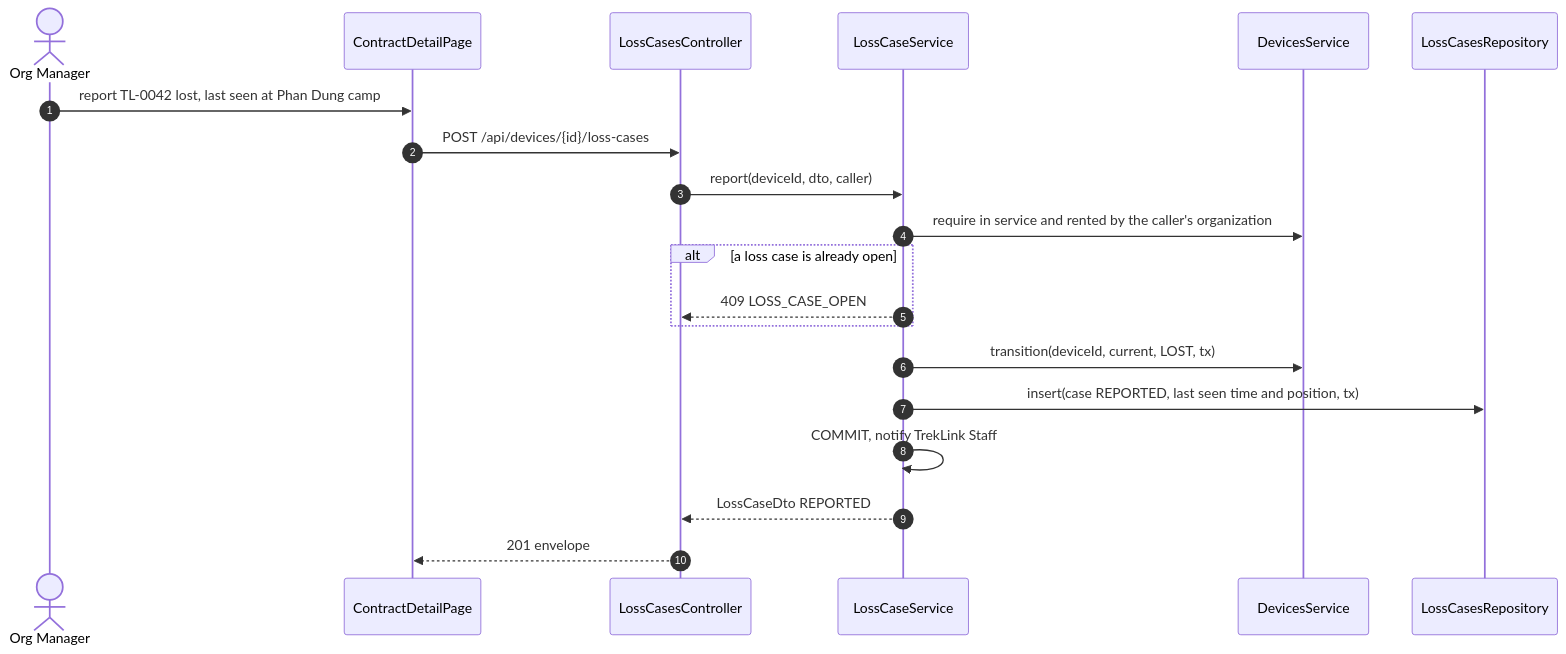
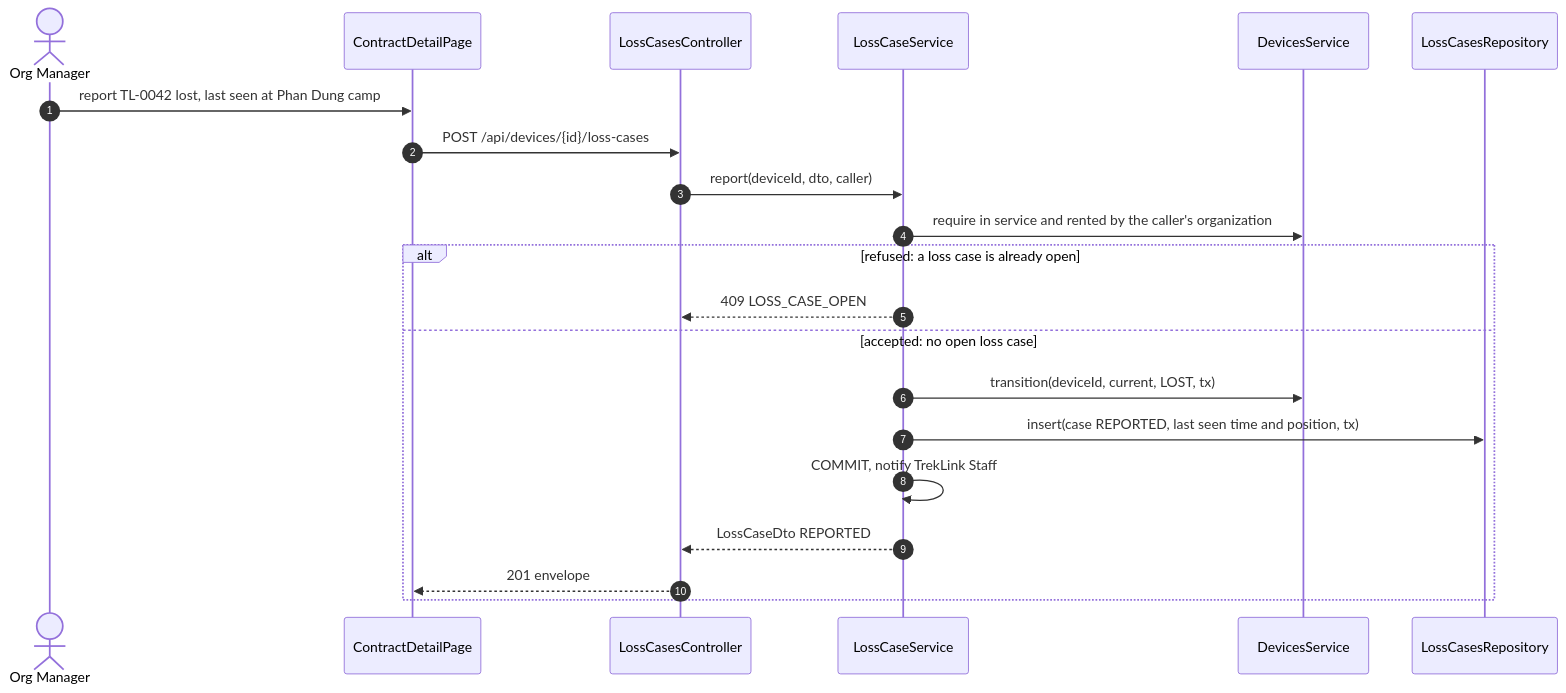
One commit to TrekLink-Team/treklink-web changed the tenth of 18 diagrams in specs/devices/design.md. Above: the diagram before and after it, drawn with Mermaid. The commit also changed other lines of this file and 39 other files, not shown here.

First line of the commit message:
docs: design periodic maintenance (D-047) and apply the SDD sequence conventions

````diff
--- a/specs/devices/design.md
+++ b/specs/devices/design.md
@@ -325,22 +368,23 @@
 ```mermaid
 sequenceDiagram
     autonumber
     actor M as Org Manager
     participant P as ContractDetailPage
     participant C as LossCasesController
     participant S as LossCaseService
     participant D as DevicesService
     participant R as LossCasesRepository
     M->>P: report TL-0042 lost, last seen at Phan Dung camp
     P->>C: POST /api/devices/{id}/loss-cases
     C->>S: report(deviceId, dto, caller)
     S->>D: require in service and rented by the caller's organization
-    alt a loss case is already open
+    alt refused: a loss case is already open
         S-->>C: 409 LOSS_CASE_OPEN
+    else accepted: no open loss case
+        S->>D: transition(deviceId, current, LOST, tx)
+        S->>R: insert(case REPORTED, last seen time and position, tx)
+        S->>S: COMMIT, notify TrekLink Staff
+        S-->>C: LossCaseDto REPORTED
+        C-->>P: 201 envelope
     end
-    S->>D: transition(deviceId, current, LOST, tx)
-    S->>R: insert(case REPORTED, last seen time and position, tx)
-    S->>S: COMMIT, notify TrekLink Staff
-    S-->>C: LossCaseDto REPORTED
-    C-->>P: 201 envelope
 ```
````
